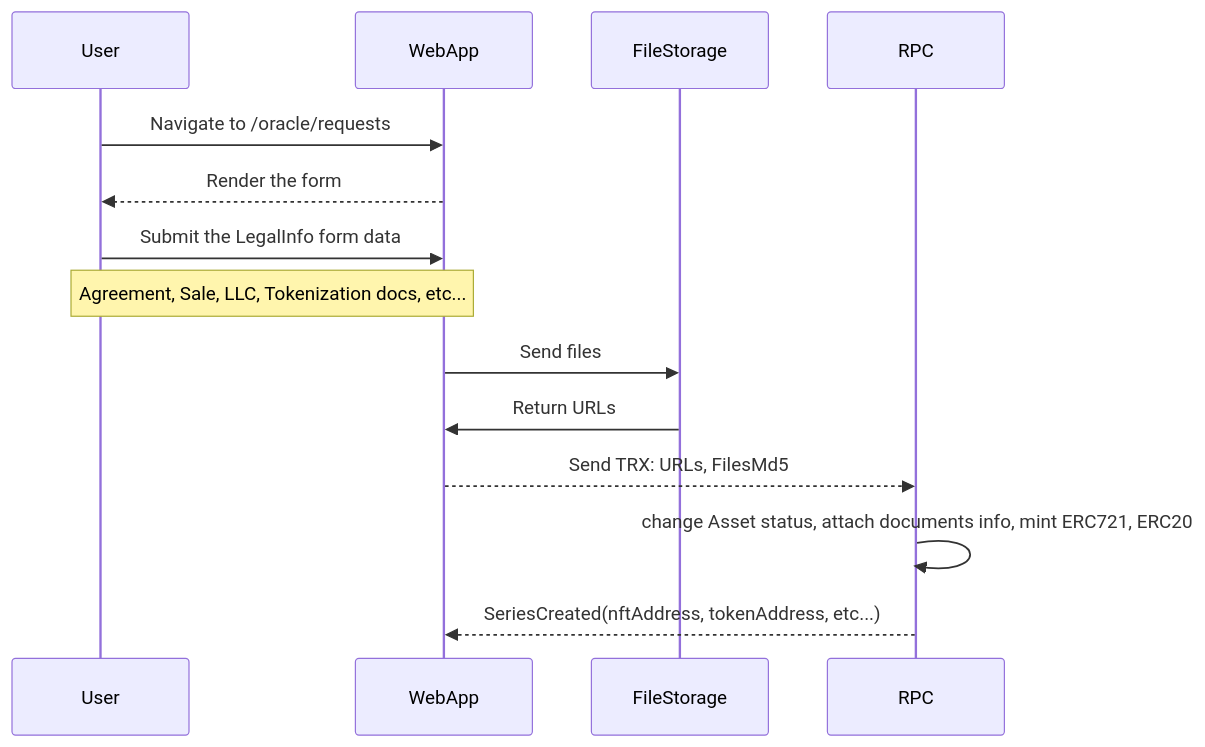
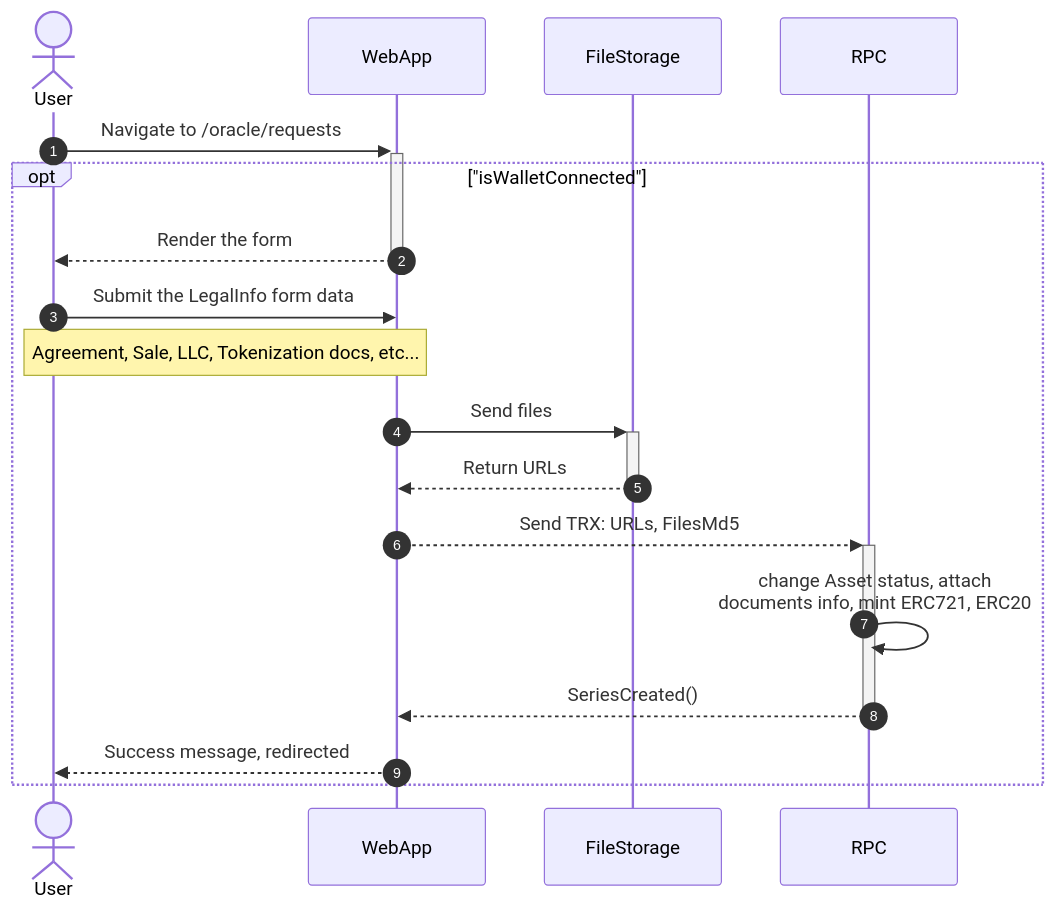
Before and after one commit to binaryx-protocol/binaryx_app: the diagram in arb/mermaid/SeriesCompanyRegistering.md, drawn with Mermaid. The commit also changed 1 other file, not shown here.

Commit message:
#sd_nov8: aliases, numbers

````diff
--- a/arb/mermaid/SeriesCompanyRegistering.md
+++ b/arb/mermaid/SeriesCompanyRegistering.md
@@ -3,18 +3,23 @@
 ```mermaid
 sequenceDiagram
+autonumber
 
-participant User
-participant WebApp
+actor U as User
+participant W as WebApp
 participant FileStorage
 participant RPC
 
-User->>WebApp: Navigate to /oracle/requests
-WebApp-->>User: Render the form
-User->>WebApp: Submit the LegalInfo form data
-Note over User, WebApp: Agreement, Sale, LLC, Tokenization docs, etc...
-WebApp->>FileStorage: Send files
-FileStorage->>WebApp: Return URLs
-WebApp-->>RPC: Send TRX: URLs, FilesMd5
-RPC->>RPC: change Asset status, attach documents info, mint ERC721, ERC20
-RPC-->>WebApp: SeriesCreated(nftAddress, tokenAddress, etc...)
+U->>+W: Navigate to /oracle/requests
+
+opt "isWalletConnected"
+  W-->>-U: Render the form
+  U->>W: Submit the LegalInfo form data
+  Note over U, W: Agreement, Sale, LLC, Tokenization docs, etc...
+  W->>+FileStorage: Send files
+  FileStorage-->>-W: Return URLs
+  W-->>+RPC: Send TRX: URLs, FilesMd5
+  RPC->>RPC: change Asset status, attach <br>documents info, mint ERC721, ERC20
+  RPC-->>-W: SeriesCreated()
+  W-->>U: Success message, redirected
+end
 ```
````
